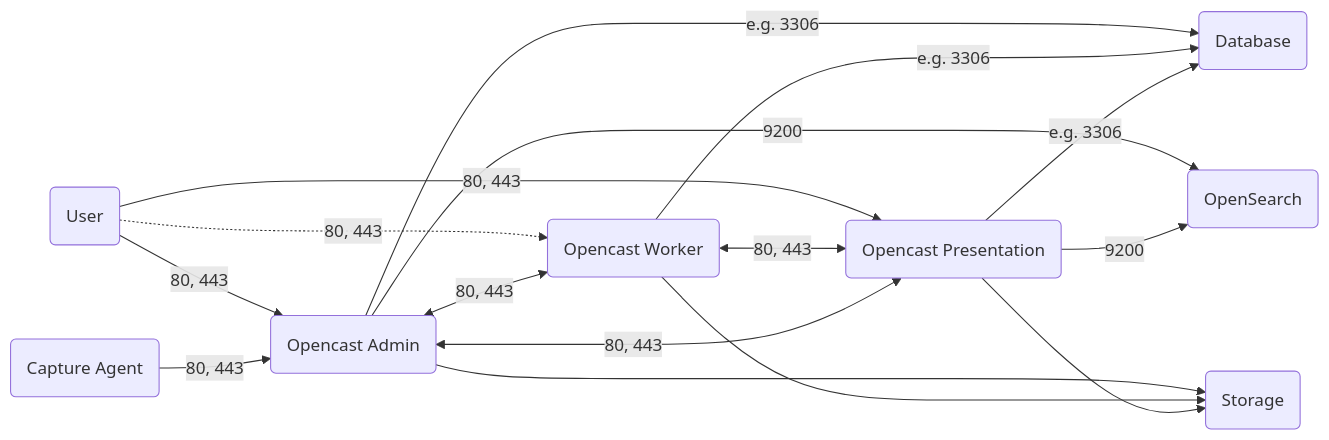
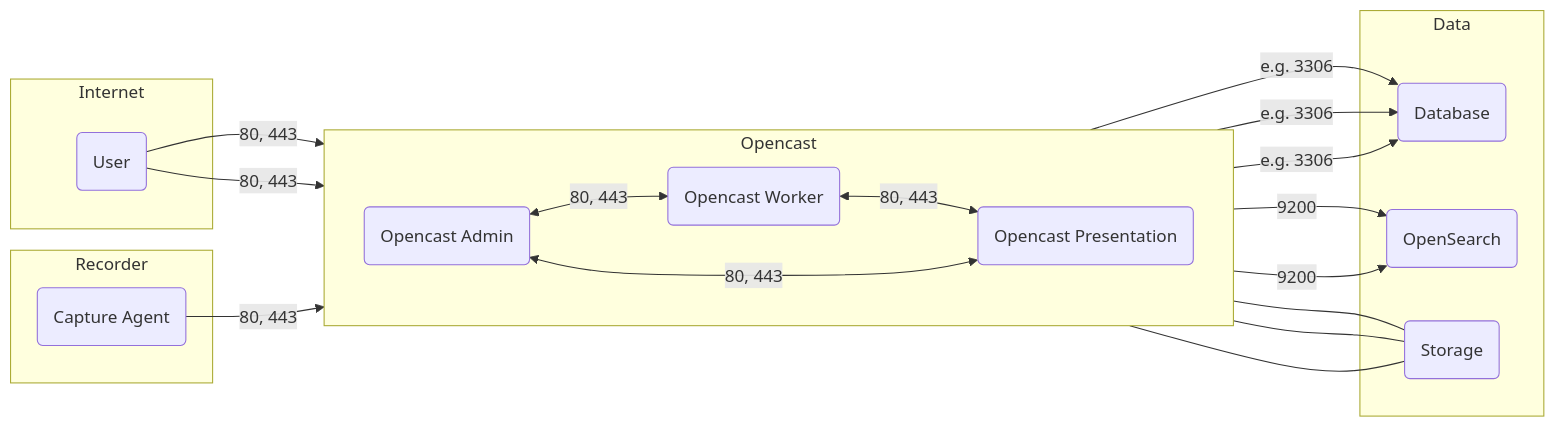
The diagram in docs/guides/admin/docs/configuration/firewall.md (opencast/opencast), drawn with Mermaid before and after one commit. The commit also changed other lines of this file, not shown here.

Commit message:
Restructure Firewall Graph
While this is not that much different, I belief that grouping the
different services makes the graph easier to understand. This also
removes the HTTP(S) connections between users and workers. That was
never really necessary in a real world.

````diff
--- a/docs/guides/admin/docs/configuration/firewall.md
+++ b/docs/guides/admin/docs/configuration/firewall.md
@@ -21,19 +21,39 @@
 ```mermaid
 graph LR
 
-  user(User) -->|80, 443| oc1(Opencast Admin)
-  user -.->|80, 443| oc2(Opencast Worker)
-  user -->|80, 443| oc3(Opencast Presentation)
+  subgraph Internet
+    user(User)
+  end
+
+  subgraph Opencast
+    direction LR
+    oc1(Opencast Admin)
+    oc2(Opencast Worker)
+    oc3(Opencast Presentation)
+  end
+
+  subgraph Data
+    db(Database)
+    os(OpenSearch)
+    storage(Storage)
+  end
+
+  subgraph Recorder
+    ca(Capture Agent)
+  end
+
+  user -->|80, 443| oc1
+  user -->|80, 443| oc3
   oc1 <-->|80, 443| oc2
   oc2 <-->|80, 443| oc3
   oc3 <-->|80, 443| oc1
-  oc1 -->|e.g. 3306| db(Database)
+  oc1 -->|e.g. 3306| db
   oc2 -->|e.g. 3306| db
   oc3 -->|e.g. 3306| db
-  oc1 -->|9200| os(OpenSearch)
-  oc3 -->|9200| os(OpenSearch)
-  oc1 --> storage(Storage)
-  oc2 --> storage
-  oc3 --> storage
-  ca(Capture Agent) -->|80, 443| oc1
+  oc1 -->|9200| os
+  oc3 -->|9200| os
+  oc1 --- storage
+  oc2 --- storage
+  oc3 --- storage
+  ca -->|80, 443| oc1
 ```
````
